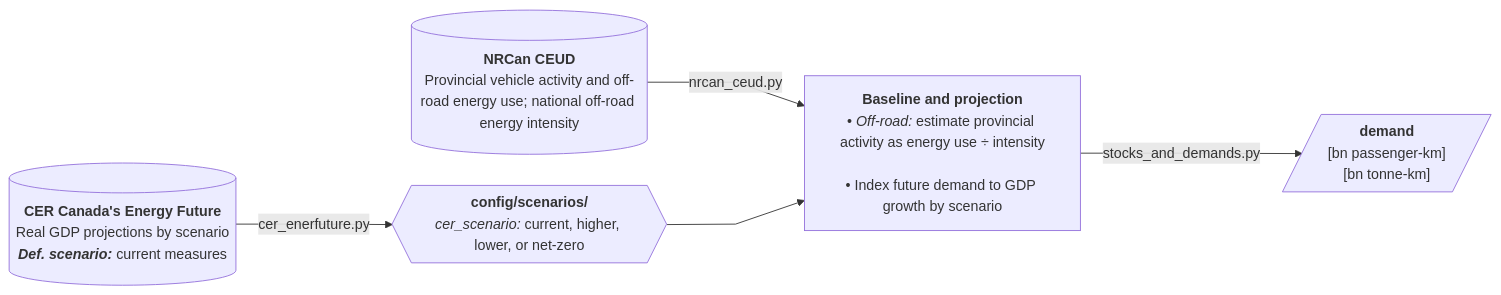
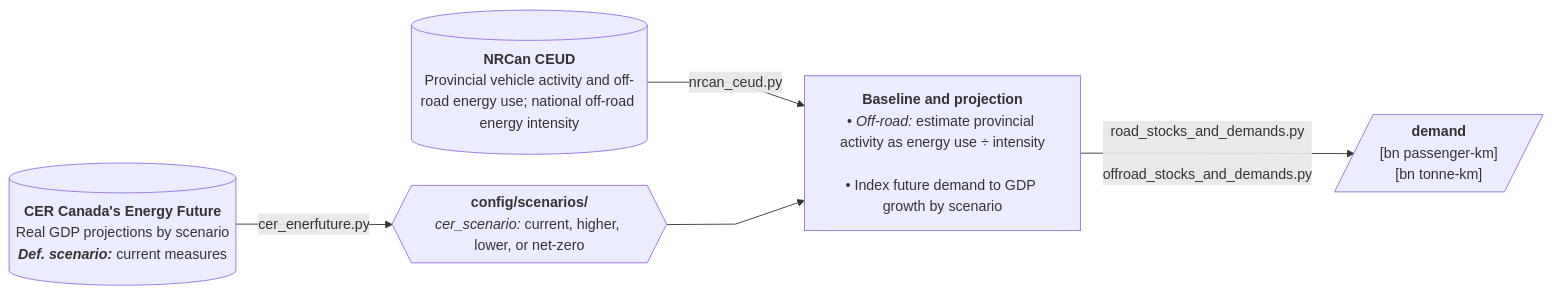
Before and after one commit to CANOE-main/canoe-transportation: the third of 12 diagrams in docs/etl_flowcharts.md, drawn with Mermaid. The commit also changed other lines of this file and 34 other files, not shown here.

First line of the commit message:
Add road stocks and demands module with tests

````diff
--- a/docs/etl_flowcharts.md
+++ b/docs/etl_flowcharts.md
@@ -171,37 +187,38 @@
 ```mermaid
 ---
 config:
   layout: dagre
   flowchart:
     nodeSpacing: 35
     rankSpacing: 50
     wrappingWidth: 250
     curve: linear
 ---
 flowchart LR
   %% ########### Sources ###########
   s0[("`**NRCan CEUD**
     Provincial vehicle activity and off-road energy use; national off-road energy intensity`")]
   s1[("`**CER Canada's Energy Future**
     Real GDP projections by scenario
     ***Def. scenario:*** current measures`")]
 
   %% ########### Processes ###########
   p0@{shape: hex, label: "**config/scenarios/**
     *cer_scenario:* current, higher, lower, or net-zero"}
   p1["`**Baseline and projection**
     • *Off-road:* estimate provincial activity as energy use ÷ intensity<br>
     • Index future demand to GDP growth by scenario`"]
 
   s0 -- nrcan_ceud.py --> p1
   s1 -- cer_enerfuture.py --> p0
 
   p0 --> p1
-  p1 -- stocks_and_demands.py --> o1[/"`**demand**
+  p1 -- road_stocks_and_demands.py
+  offroad_stocks_and_demands.py --> o1[/"`**demand**
     [bn passenger-km]
     [bn tonne-km]`"/]
 
   %% --- Hyperlinks ---
   click s0 "https://oee.nrcan.gc.ca/corporate/statistics/neud/dpa/menus/trends/comprehensive_tables/list.cfm"
   click s1 "https://open.canada.ca/data/en/dataset/07c42deb-9435-43b9-a416-7ce316f3893d"
 ```
````
